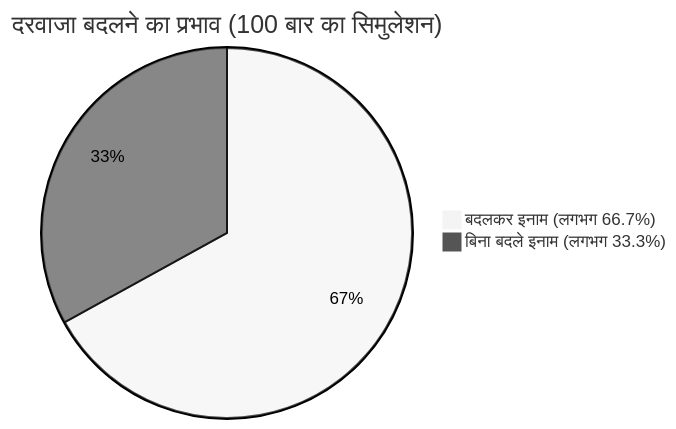
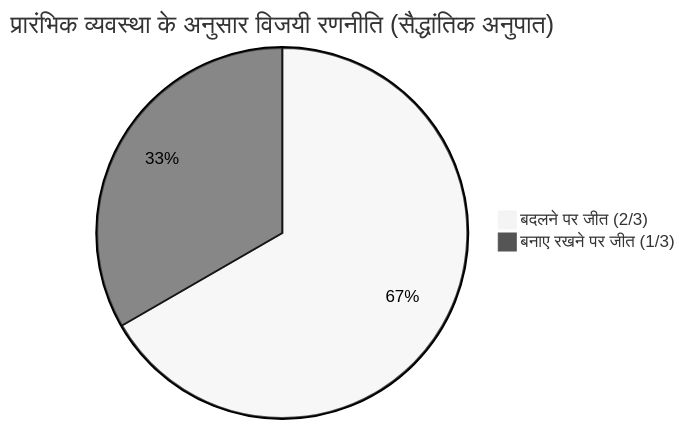
Before and after one commit to kenjinote/blog: the second of 2 diagrams in content/post/モンティ・ホール問題/index.hi.md, drawn with Mermaid (neutral theme). The commit also changed other lines of this file and 10 other files, not shown here.

````diff
--- a/content/post/モンティ・ホール問題/index.hi.md
+++ b/content/post/モンティ・ホール問題/index.hi.md
@@ -161,5 +195,5 @@
 ```mermaid
-pie title दरवाजा बदलने का प्रभाव (100 बार का सिमुलेशन)
-    "बदलकर इनाम (लगभग 66.7%)" : 67
-    "बिना बदले इनाम (लगभग 33.3%)" : 33
+pie title प्रारंभिक व्यवस्था के अनुसार विजयी रणनीति (सैद्धांतिक अनुपात)
+    "बदलने पर जीत (2/3)" : 2
+    "बनाए रखने पर जीत (1/3)" : 1
 ```
````
